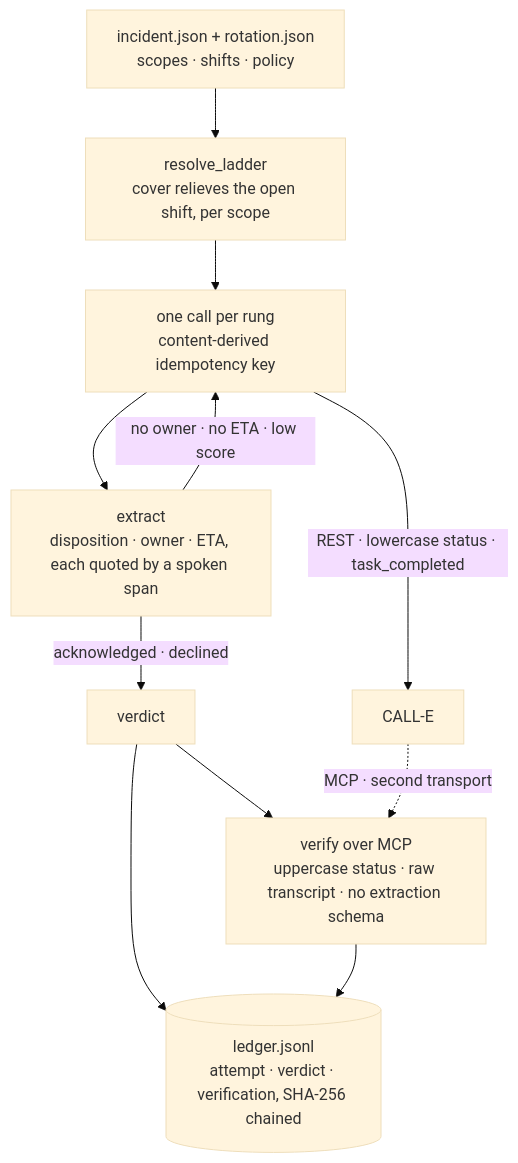
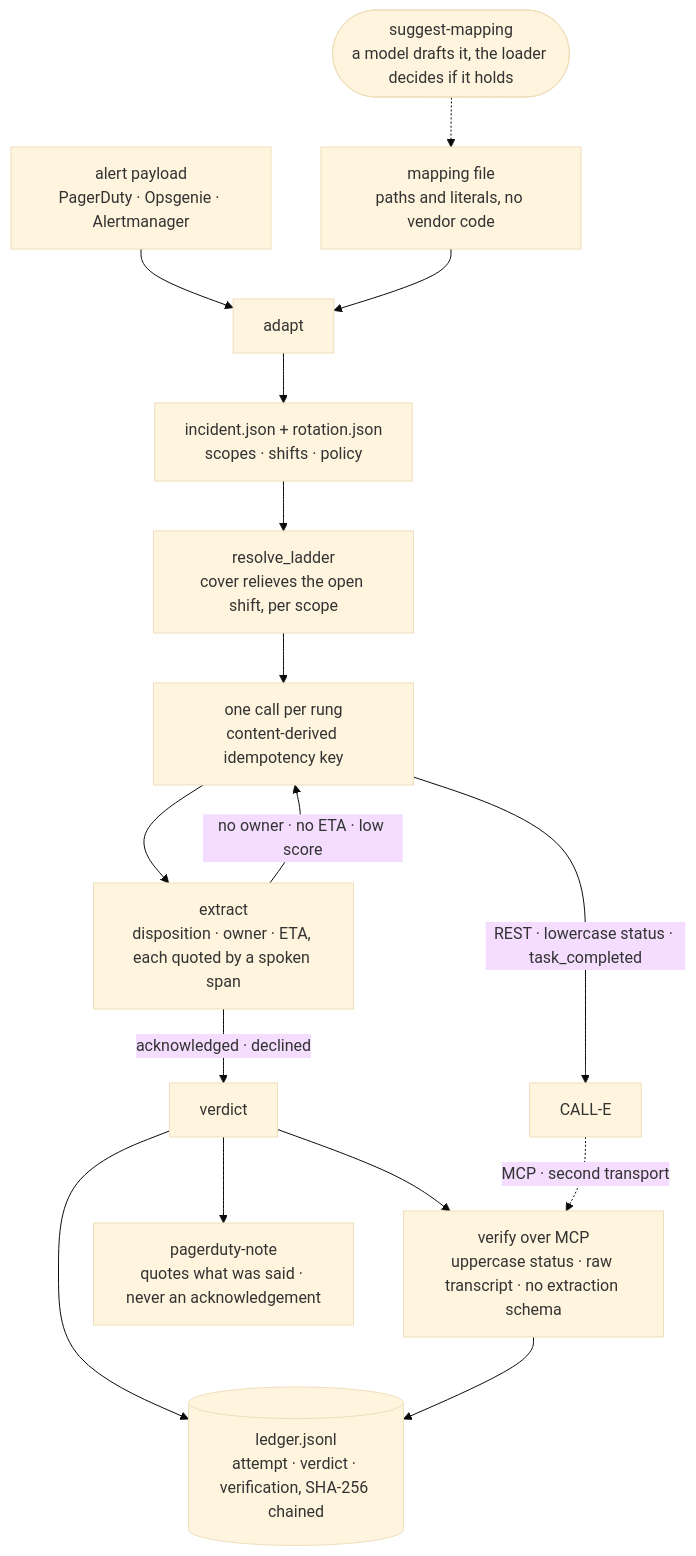
Before and after one commit to gmassello/ringdown: the diagram in README.md, drawn with Mermaid (base theme).

Commit message:
Draw the two ends the diagram was missing

````diff
--- a/README.md
+++ b/README.md
@@ -115,13 +115,18 @@
 ```mermaid
 flowchart TD
-    INC["incident.json + rotation.json<br/>scopes · shifts · policy"] --> LADDER["resolve_ladder<br/>cover relieves the open shift, per scope"]
+    ALERT["alert payload<br/>PagerDuty · Opsgenie · Alertmanager"] --> ADAPT["adapt"]
+    MAP["mapping file<br/>paths and literals, no vendor code"] --> ADAPT
+    MODEL(["suggest-mapping<br/>a model drafts it, the loader decides if it holds"]) -.-> MAP
+    ADAPT --> INC["incident.json + rotation.json<br/>scopes · shifts · policy"]
+    INC --> LADDER["resolve_ladder<br/>cover relieves the open shift, per scope"]
     LADDER --> CALL["one call per rung<br/>content-derived idempotency key"]
     CALL -->|"REST · lowercase status · task_completed"| CALLE["CALL-E"]
     CALL --> EXTRACT["extract<br/>disposition · owner · ETA, each quoted by a spoken span"]
     EXTRACT -->|"acknowledged · declined"| VERDICT["verdict"]
     EXTRACT -->|"no owner · no ETA · low score"| CALL
     VERDICT --> AUDIT["verify over MCP<br/>uppercase status · raw transcript · no extraction schema"]
     VERDICT --> LEDGER[("ledger.jsonl<br/>attempt · verdict · verification, SHA-256 chained")]
     AUDIT --> LEDGER
     CALLE -.->|"MCP · second transport"| AUDIT
+    VERDICT --> NOTE["pagerduty-note<br/>quotes what was said · never an acknowledgement"]
 ```
````
